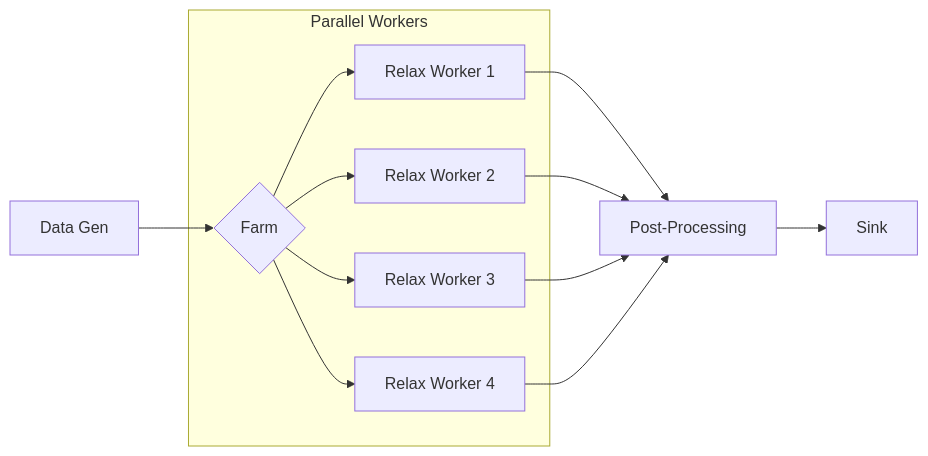
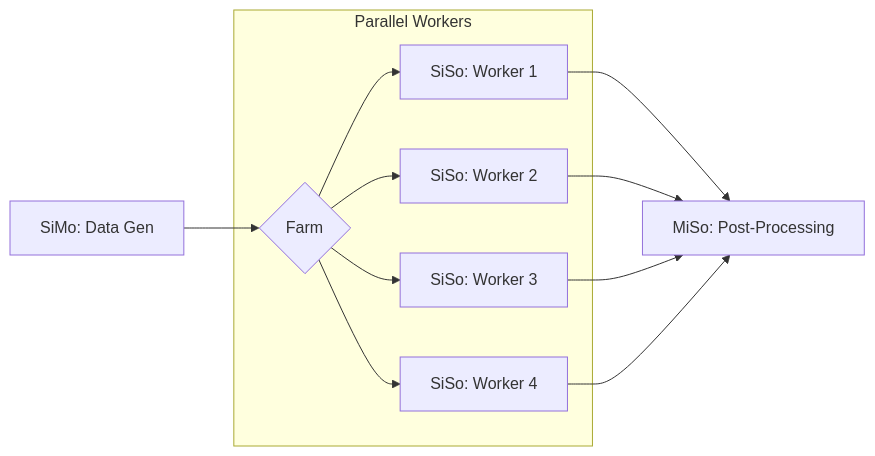
The third of 4 diagrams in README.md (mamodev/fftvm), drawn with Mermaid before and after one commit. The commit also changed other lines of this file, not shown here.

````diff
--- a/README.md
+++ b/README.md
@@ -149,15 +133,14 @@
 ```mermaid
 graph LR
-    G[Data Gen] --> F{Farm}
+    G[SiMo: Data Gen] --> F{Farm}
     subgraph Parallel Workers
-    F --> W1[Relax Worker 1]
-    F --> W2[Relax Worker 2]
-    F --> W3[Relax Worker 3]
-    F --> W4[Relax Worker 4]
+    F --> W1[SiSo: Worker 1]
+    F --> W2[SiSo: Worker 2]
+    F --> W3[SiSo: Worker 3]
+    F --> W4[SiSo: Worker 4]
     end
-    W1 --> P[Post-Processing]
+    W1 --> P[MiSo: Post-Processing]
     W2 --> P
     W3 --> P
     W4 --> P
-    P --> S[Sink]
 ```
````
